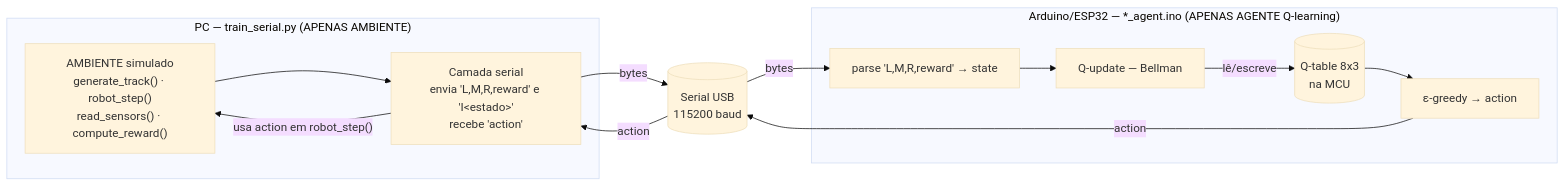
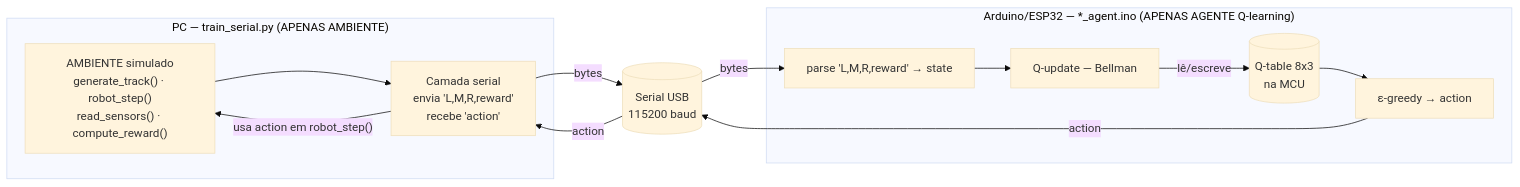
One commit to PedroZia/enviorment-simulator-python-arduino changed the seventh of 8 diagrams in README.md. Above: the diagram before and after it, drawn with Mermaid (base theme). The commit also changed other lines of this file and 28 other files, not shown here.

````diff
--- a/README.md
+++ b/README.md
@@ -213,24 +221,24 @@
 ```mermaid
 flowchart LR
   subgraph PY["PC — train_serial.py (APENAS AMBIENTE)"]
     TR["AMBIENTE simulado<br/>generate_track() · robot_step()<br/>read_sensors() · compute_reward()"]
-    PROT["Camada serial<br/>envia 'L,M,R,reward' e 'I&lt;estado&gt;'<br/>recebe 'action'"]
+    PROT["Camada serial<br/>envia 'L,M,R,reward'<br/>recebe 'action'"]
   end
   SER[("Serial USB<br/>115200 baud")]
   subgraph ARD["Arduino/ESP32 — *_agent.ino (APENAS AGENTE Q-learning)"]
     PARS["parse 'L,M,R,reward' → state"]
     QUP["Q-update — Bellman"]
     QSEL["ε-greedy → action"]
     QTBL[("Q-table 8x3<br/>na MCU")]
   end
 
   TR --> PROT
   PROT -->|bytes| SER
   SER -->|bytes| PARS
   PARS --> QUP
   QUP -->|lê/escreve| QTBL
   QTBL --> QSEL
   QSEL -->|action| SER
   SER -->|action| PROT
   PROT -->|"usa action em robot_step()"| TR
 ```
````
